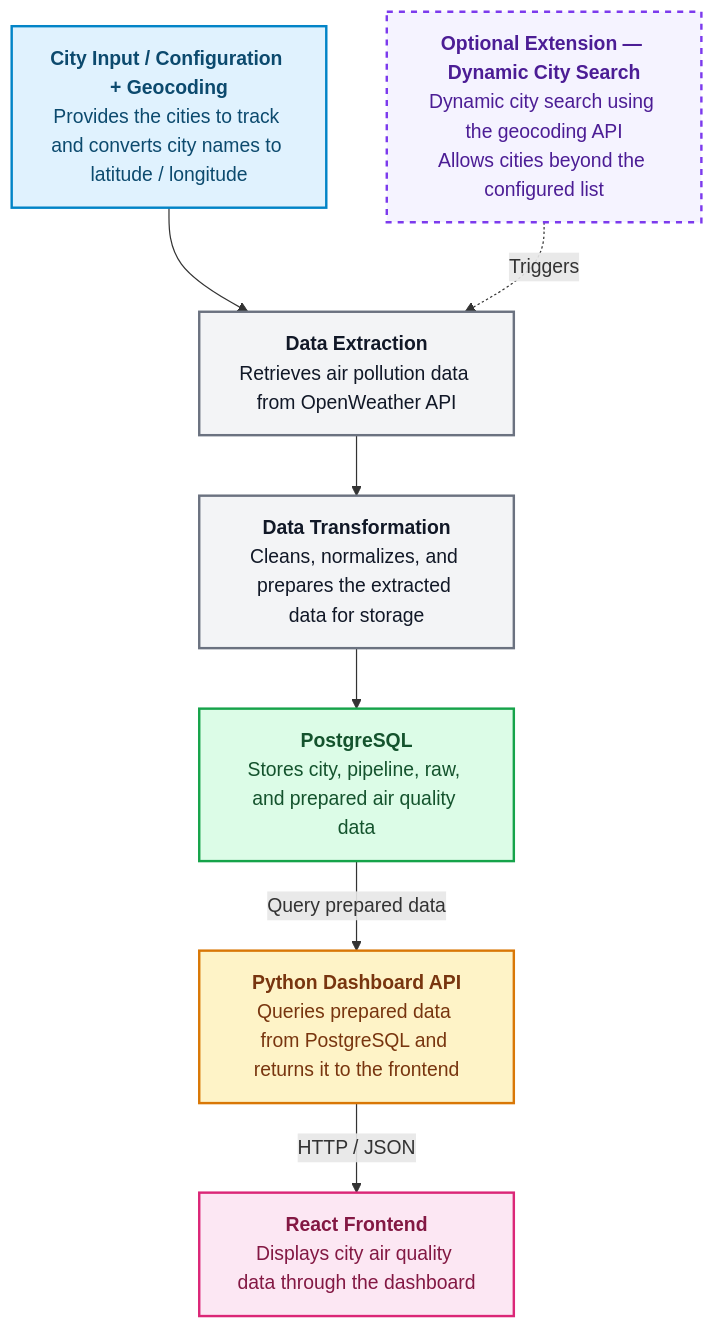
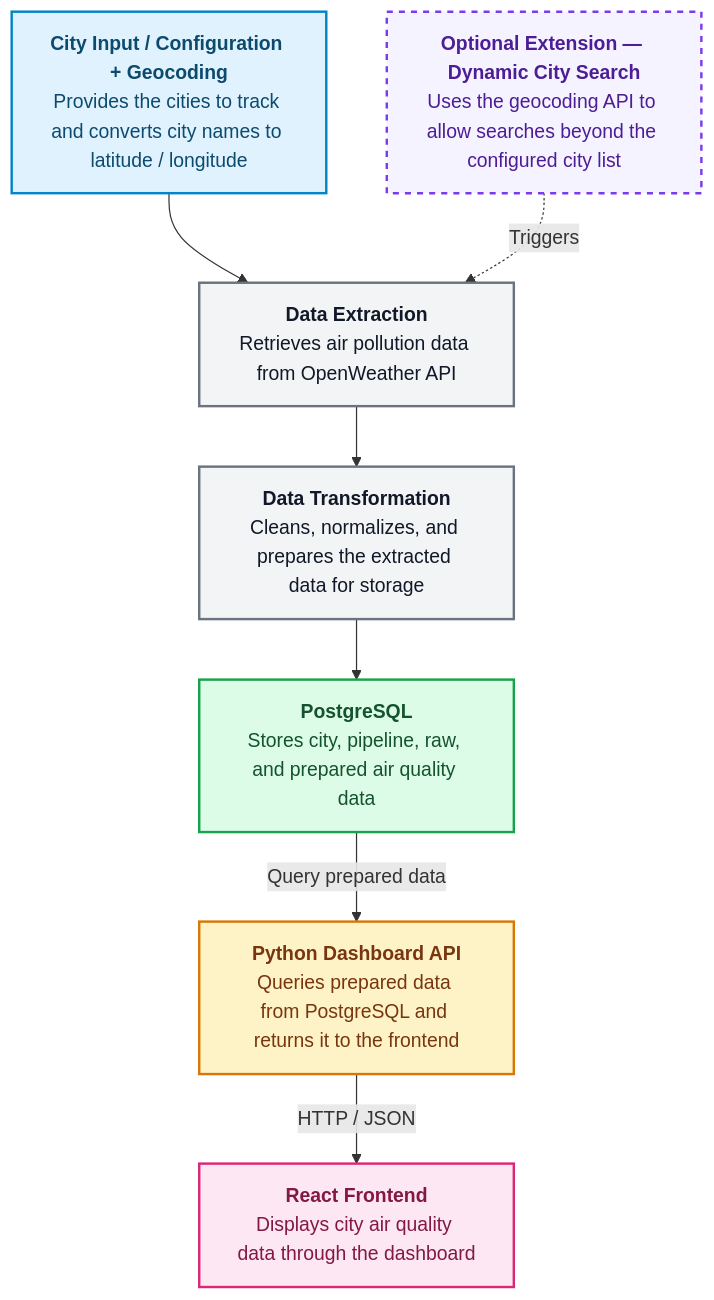
Before and after one commit to Code-the-Dream-School/summer-26-py-practicum-team3: the diagram in docs/architecture/architecture.md, drawn with Mermaid.

Commit message:
cleaned up a description to be more clear

````diff
--- a/docs/architecture/architecture.md
+++ b/docs/architecture/architecture.md
@@ -29,38 +29,38 @@
 ```mermaid
 flowchart TD
 	A["<b>City Input / Configuration + Geocoding</b><br/>Provides the cities to track and converts city names to latitude / longitude"]
 
 	B["<b>Data Extraction</b><br/>Retrieves air pollution data from OpenWeather API"]
 
 	C["<b>Data Transformation</b><br/>Cleans, normalizes, and prepares the extracted data for storage"]
 
 	D["<b>PostgreSQL</b><br/>Stores city, pipeline, raw, and prepared air quality data"]
 
 	E["<b>Python Dashboard API</b><br/>Queries prepared data from PostgreSQL and returns it to the frontend"]
 
 	F["<b>React Frontend</b><br/>Displays city air quality data through the dashboard"]
 
-    G["<b>Optional Extension — Dynamic City Search</b><br/>Dynamic city search using the geocoding API<br/>Allows cities beyond the configured list"]
+    G["<b>Optional Extension — Dynamic City Search</b><br/>Uses the geocoding API to allow searches beyond the configured city list"]
 
 A --> B
 B --> C
 C --> D
 D -->|"Query prepared data"| E
 E -->|"HTTP / JSON"| F
 
 G -.->|"Triggers"| B
 
 classDef input fill:#e0f2fe,stroke:#0284c7,stroke-width:2px,color:#0c4a6e
 classDef process fill:#f3f4f6,stroke:#6b7280,stroke-width:2px,color:#111827
 classDef database fill:#dcfce7,stroke:#16a34a,stroke-width:2px,color:#14532d
 classDef api fill:#fef3c7,stroke:#d97706,stroke-width:2px,color:#78350f
 classDef frontend fill:#fce7f3,stroke:#db2777,stroke-width:2px,color:#831843
 classDef optional fill:#f5f3ff,stroke:#7c3aed,stroke-width:2px,stroke-dasharray:5 5,color:#4c1d95
 
 class A input
 class B,C process
 class D database
 class E api
 class F frontend
 class G optional
 ```
````
